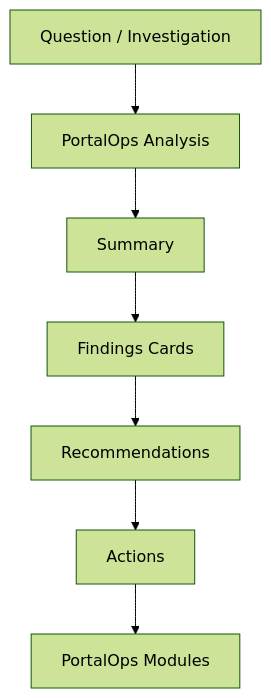
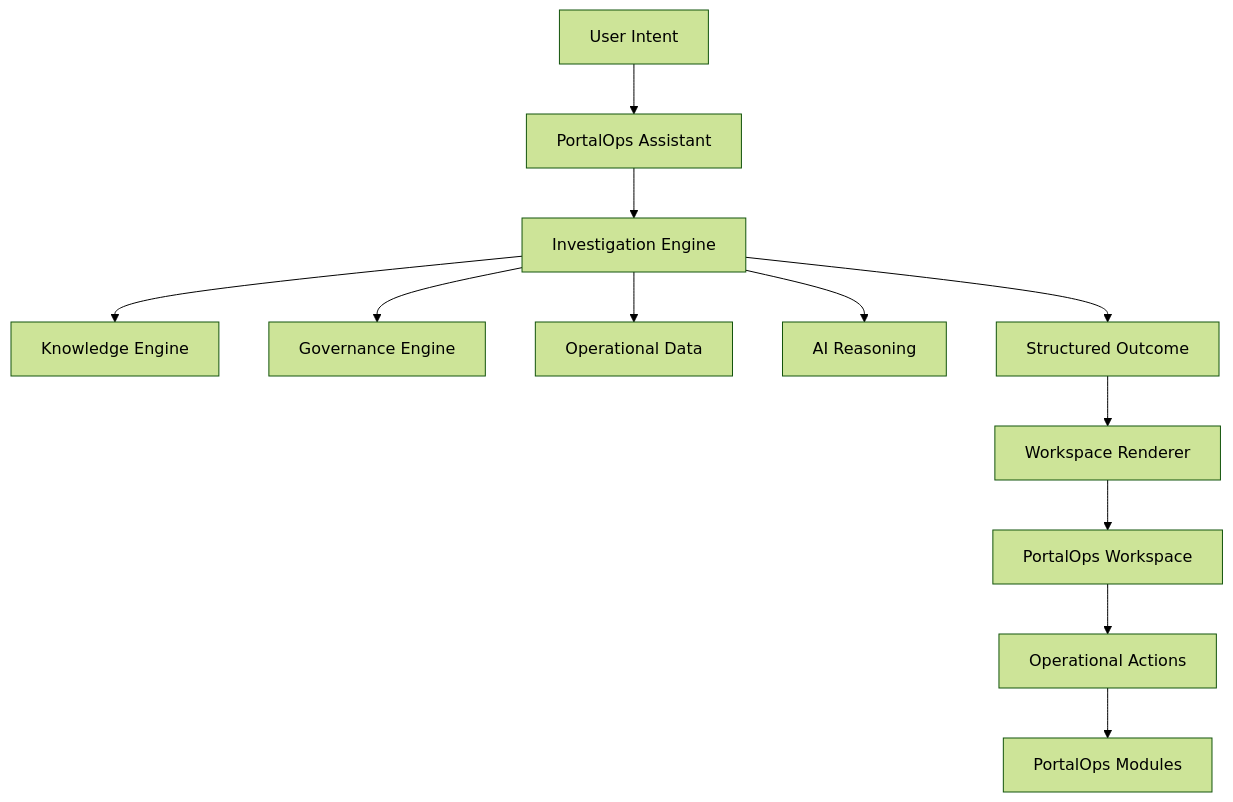
The diagram in docs/architecture/assistant-architecture.md (dcfrancisco/portalops-ai), drawn with Mermaid (forest theme) before and after one commit. The commit also changed other lines of this file and 4 other files, not shown here.

Commit message:
feat: Revise AI Provider and Assistant architecture for intent-driven operational investigations

````diff
--- a/docs/architecture/assistant-architecture.md
+++ b/docs/architecture/assistant-architecture.md
@@ -28,17 +40,27 @@
 ```mermaid
 flowchart TD
-    Question["Question / Investigation"]
-    Analysis["PortalOps Analysis"]
-    Summary["Summary"]
-    Findings["Findings Cards"]
-    Recs["Recommendations"]
-    Actions["Actions"]
+    Intent["User Intent"]
+    Assistant["PortalOps Assistant"]
+    Investigation["Investigation Engine"]
+    Knowledge["Knowledge Engine"]
+    Governance["Governance Engine"]
+    Data["Operational Data"]
+    Reasoning["AI Reasoning"]
+    Outcome["Structured Outcome"]
+    Renderer["Workspace Renderer"]
+    Workspace["PortalOps Workspace"]
+    Actions["Operational Actions"]
     Modules["PortalOps Modules"]
 
-    Question --> Analysis
-    Analysis --> Summary
-    Summary --> Findings
-    Findings --> Recs
-    Recs --> Actions
+    Intent --> Assistant
+    Assistant --> Investigation
+    Investigation --> Knowledge
+    Investigation --> Governance
+    Investigation --> Data
+    Investigation --> Reasoning
+    Investigation --> Outcome
+    Outcome --> Renderer
+    Renderer --> Workspace
+    Workspace --> Actions
     Actions --> Modules
 ```
````
